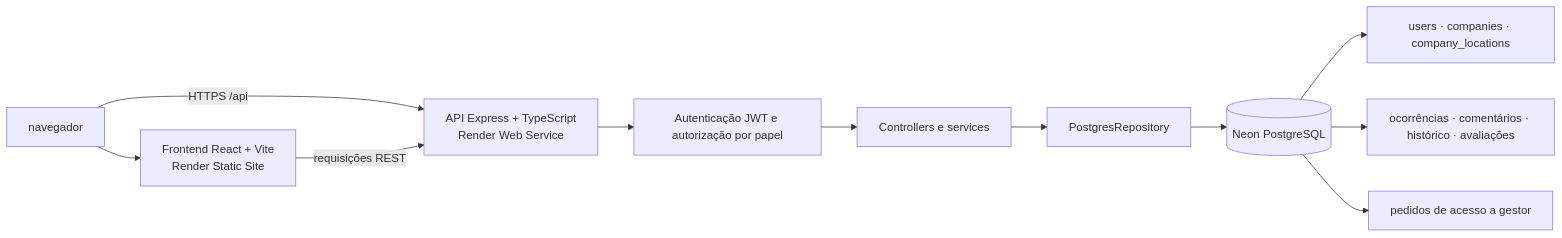
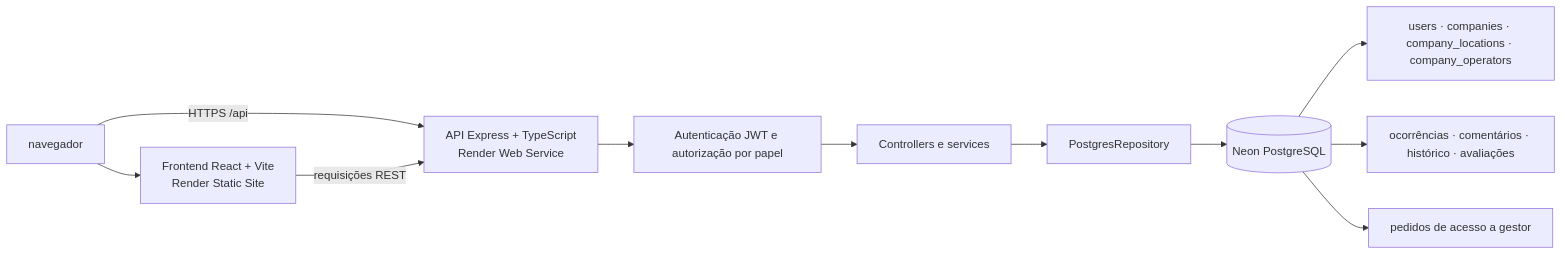
The first of 3 diagrams in README.md (JohnatanOliv/ResolveAi---Project), drawn with Mermaid before and after one commit. The commit also changed other lines of this file and 24 other files, not shown here.

````diff
--- a/README.md
+++ b/README.md
@@ -9,13 +9,13 @@
 ```mermaid
 flowchart LR
     B[ navegador ] --> F[Frontend React + Vite<br/>Render Static Site]
     B -->|HTTPS /api| A[API Express + TypeScript<br/>Render Web Service]
     F -->|requisições REST| A
     A --> M[Autenticação JWT e autorização por papel]
     M --> S[Controllers e services]
     S --> R[PostgresRepository]
     R --> N[(Neon PostgreSQL)]
-    N --> U[users · companies · company_locations]
+    N --> U[users · companies · company_locations · company_operators]
     N --> O[ocorrências · comentários · histórico · avaliações]
     N --> Q[pedidos de acesso a gestor]
 ```
````
